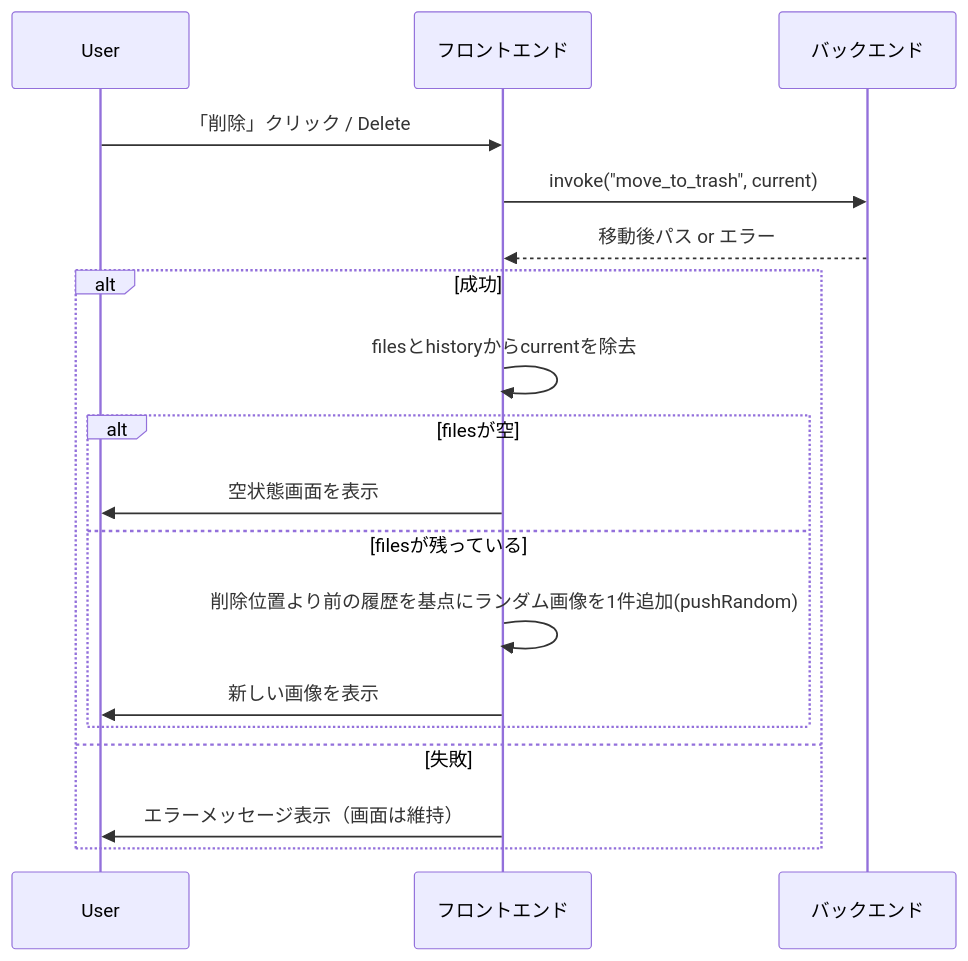
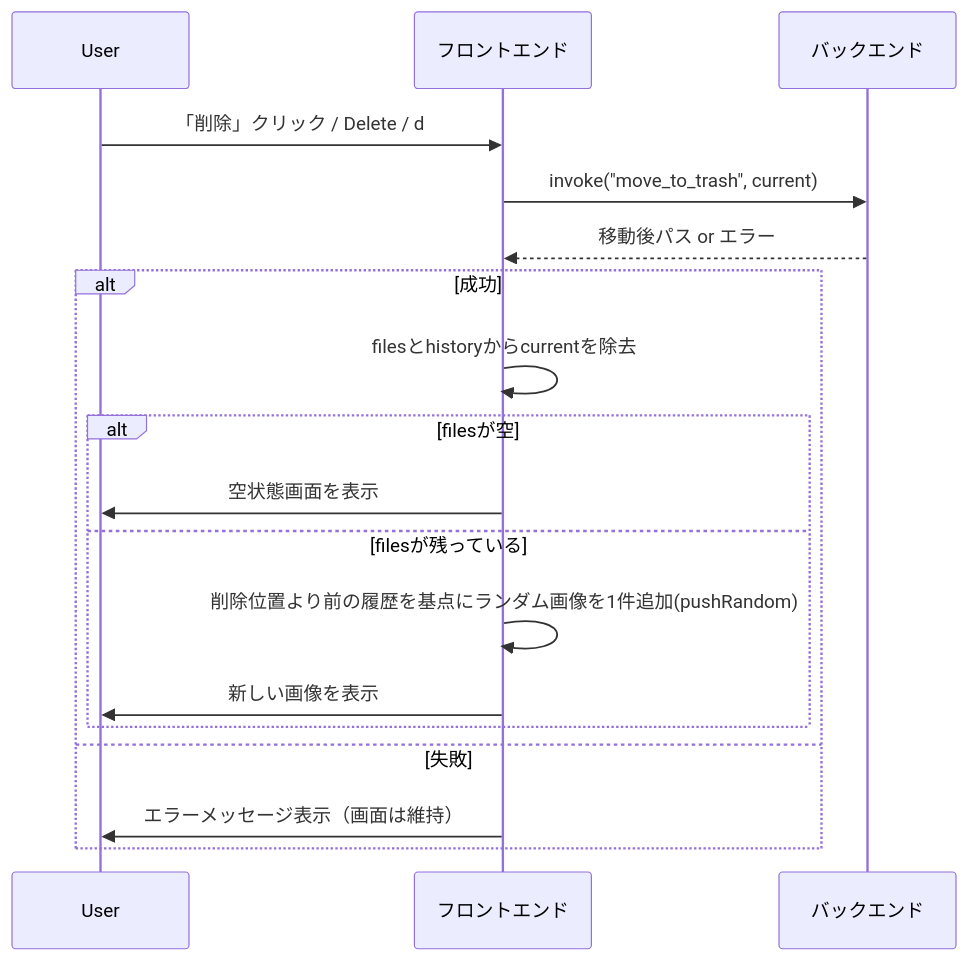
One commit to circleratio/imv changed the fourth of 4 diagrams in spec.md. Above: the diagram before and after it, drawn with Mermaid. The commit also changed other lines of this file and 2 other files, not shown here.

````diff
--- a/spec.md
+++ b/spec.md
@@ -252,21 +252,21 @@
 ```mermaid
 sequenceDiagram
     participant User
     participant Svelte as フロントエンド
     participant Rust as バックエンド
 
-    User->>Svelte: 「削除」クリック / Delete
+    User->>Svelte: 「削除」クリック / Delete / d
     Svelte->>Rust: invoke("move_to_trash", current)
     Rust-->>Svelte: 移動後パス or エラー
     alt 成功
         Svelte->>Svelte: filesとhistoryからcurrentを除去
         alt filesが空
             Svelte->>User: 空状態画面を表示
         else filesが残っている
             Svelte->>Svelte: 削除位置より前の履歴を基点にランダム画像を1件追加(pushRandom)
             Svelte->>User: 新しい画像を表示
         end
     else 失敗
         Svelte->>User: エラーメッセージ表示（画面は維持）
     end
 ```
````
